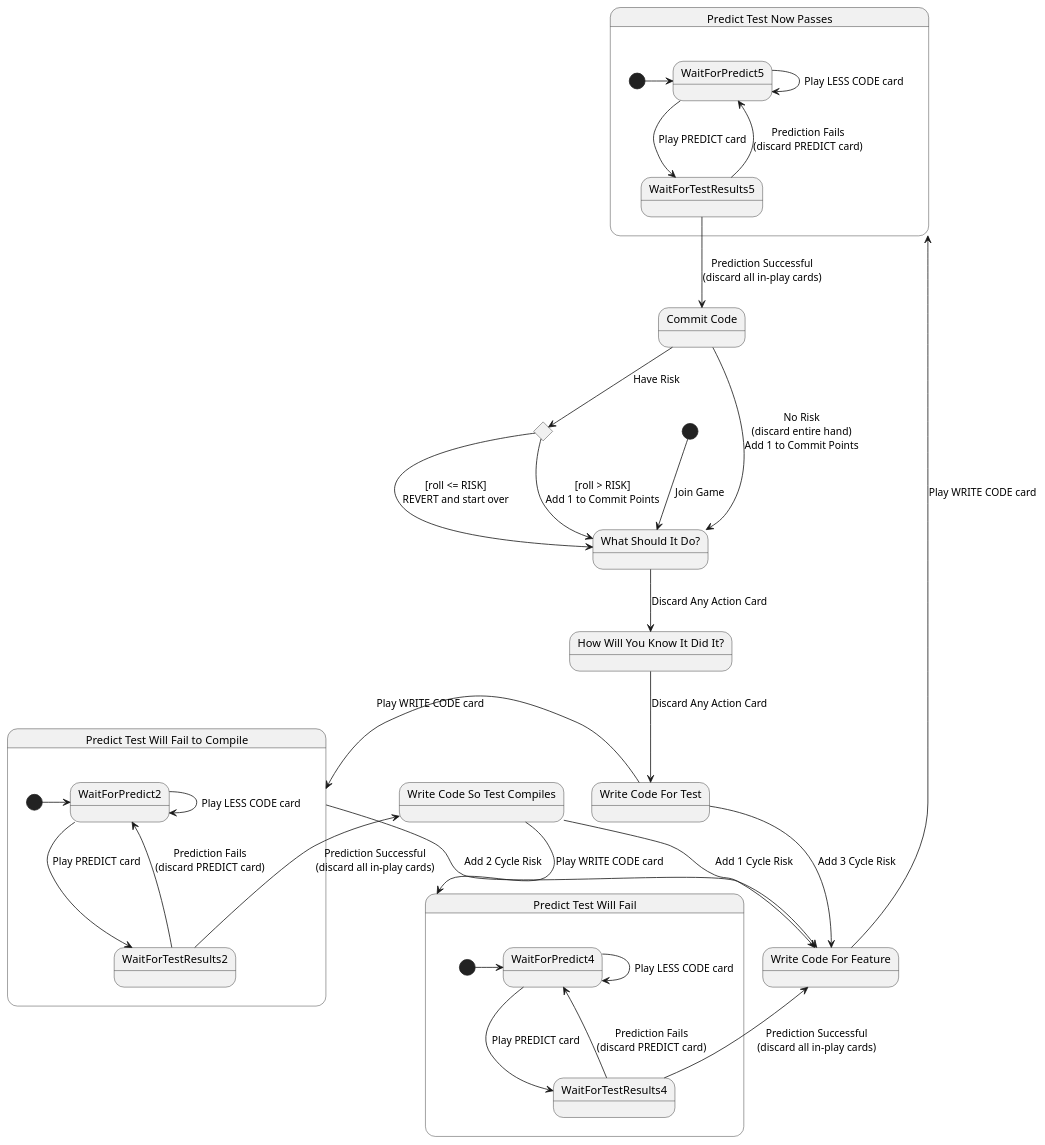
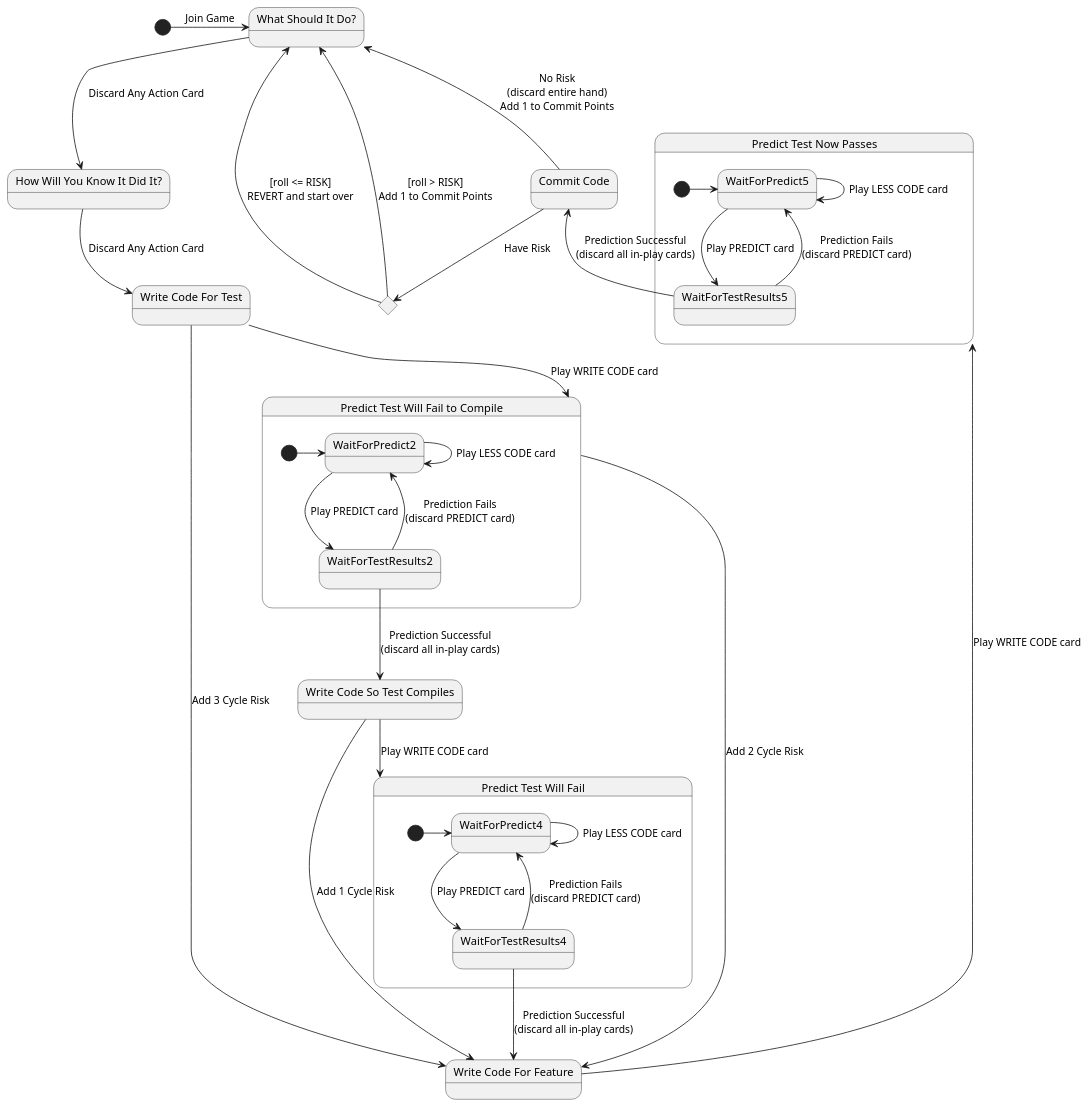
Before and after one commit to jitterted/tdd-game: the diagram in board-state-machine.puml, drawn with PlantUML.

Commit message:
Cleaned up diagram a bit

```diff
--- a/board-state-machine.puml
+++ b/board-state-machine.puml
@@ -1,58 +1,58 @@
 @startuml
 
 state "What Should It Do?" as what
 state "How Will You Know It Did It?" as how
 state "Write Code For Test" as for_test
-state "Write Code For Feature" as for_feature
 state "Predict Test Will Fail to Compile" as predict_fail_compile
 state "Write Code So Test Compiles" as test_compiles
 state "Predict Test Will Fail" as predict_test_fail
+state "Write Code For Feature" as for_feature
 state "Predict Test Now Passes" as predict_test_passes
 state "Commit Code" as commit_code
 
-[*] --> what : Join Game
+[*] -r-> what : Join Game
 what --> how : Discard Any Action Card
 how --> for_test : Discard Any Action Card
 
 for_test --> for_feature : Add 3 Cycle Risk
 for_test --> predict_fail_compile : Play WRITE CODE card
 
 state predict_fail_compile {
     predict_fail_compile --> for_feature : Add 2 Cycle Risk
     [*] -> WaitForPredict2
     WaitForPredict2 --> WaitForPredict2 : Play LESS CODE card
     WaitForPredict2 --> WaitForTestResults2 : Play PREDICT card
     WaitForTestResults2 --> test_compiles : Prediction Successful\n(discard all in-play cards)
     WaitForTestResults2 --> WaitForPredict2 : Prediction Fails\n(discard PREDICT card)
 }
 
 test_compiles --> for_feature : Add 1 Cycle Risk
 test_compiles --> predict_test_fail : Play WRITE CODE card
 
 state predict_test_fail {
     [*] -> WaitForPredict4
     WaitForPredict4 --> WaitForPredict4 : Play LESS CODE card
     WaitForPredict4 --> WaitForTestResults4 : Play PREDICT card
     WaitForTestResults4 --> for_feature : Prediction Successful\n(discard all in-play cards)
     WaitForTestResults4 --> WaitForPredict4 : Prediction Fails\n(discard PREDICT card)
 }
 
-for_feature -> predict_test_passes : Play WRITE CODE card
+for_feature -u-> predict_test_passes : Play WRITE CODE card
 
 state predict_test_passes {
     [*] -> WaitForPredict5
     WaitForPredict5 --> WaitForPredict5 : Play LESS CODE card
     WaitForPredict5 --> WaitForTestResults5 : Play PREDICT card
-    WaitForTestResults5 --> commit_code : Prediction Successful\n(discard all in-play cards)
+    WaitForTestResults5 -u-> commit_code : Prediction Successful\n(discard all in-play cards)
     WaitForTestResults5 --> WaitForPredict5 : Prediction Fails\n(discard PREDICT card)
 }
 
 state evaluate_risk <<choice>>
 
-commit_code --> what : No Risk\n(discard entire hand)\nAdd 1 to Commit Points
+commit_code -u-> what : No Risk\n(discard entire hand)\nAdd 1 to Commit Points
 commit_code --> evaluate_risk : Have Risk
 
 evaluate_risk --> what : [roll <= RISK]\nREVERT and start over
 evaluate_risk --> what : [roll > RISK]\nAdd 1 to Commit Points
 
 @enduml
```
